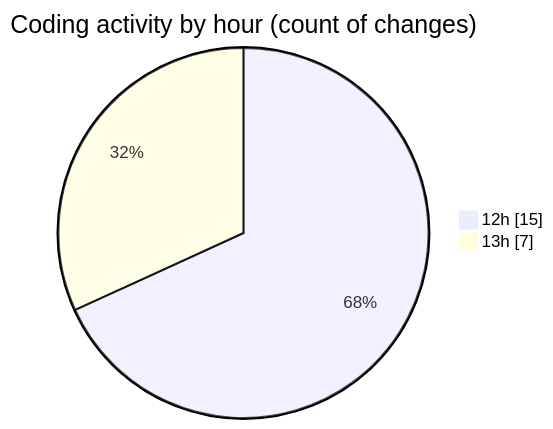
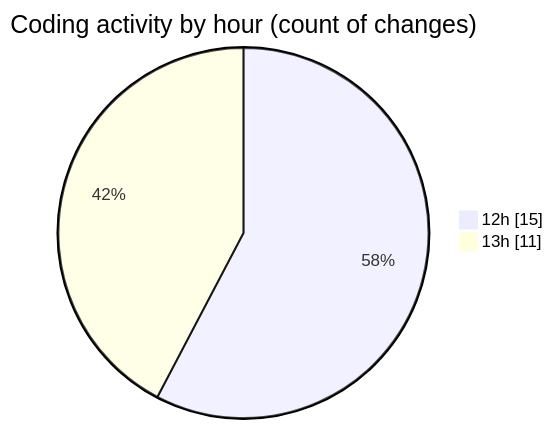
One commit to LanceThiago/code-tracking changed the second of 2 diagrams in 2026-09-09/fz3temp-2/README.md. Above: the diagram before and after it, drawn with Mermaid. The commit also changed other lines of this file and 1 other file, not shown here.

````diff
--- a/2026-09-09/fz3temp-2/README.md
+++ b/2026-09-09/fz3temp-2/README.md
@@ -42,6 +42,6 @@
 ```mermaid
 pie showData
 title Coding activity by hour (count of changes)
 "12h" : 15
-"13h" : 7
+"13h" : 11
 ```
````
